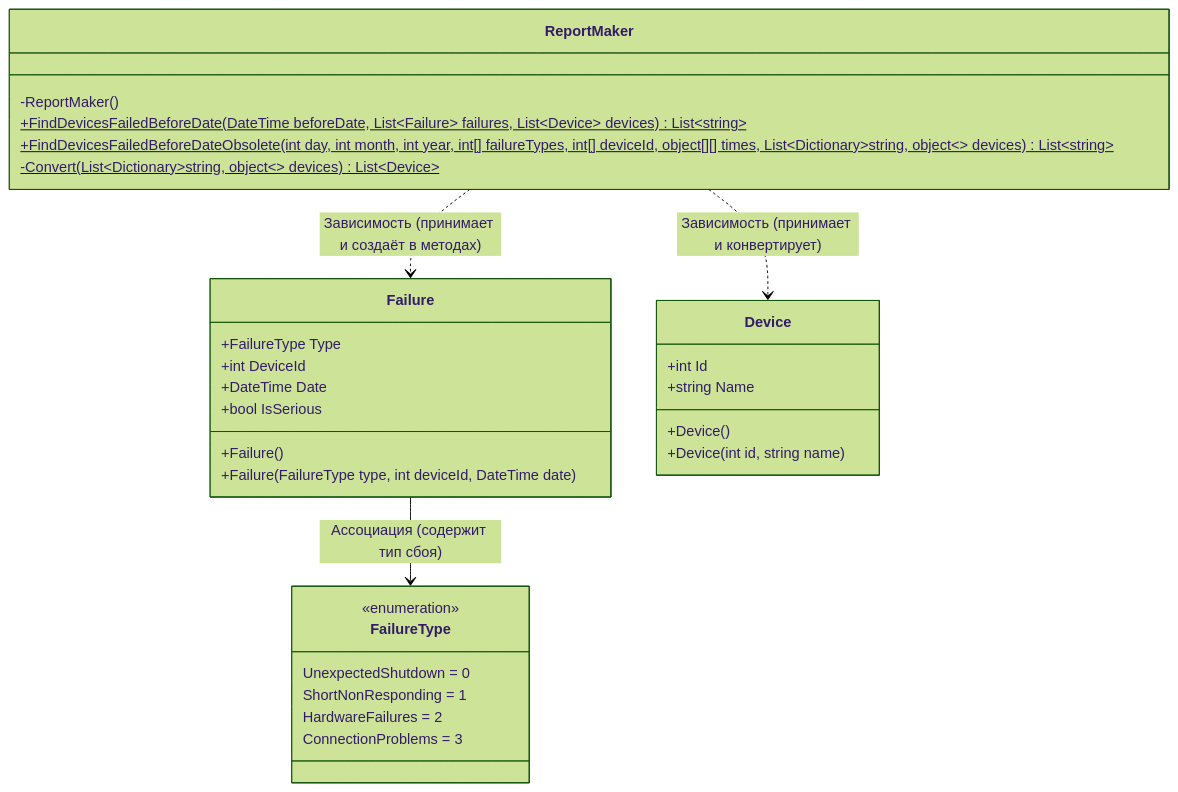
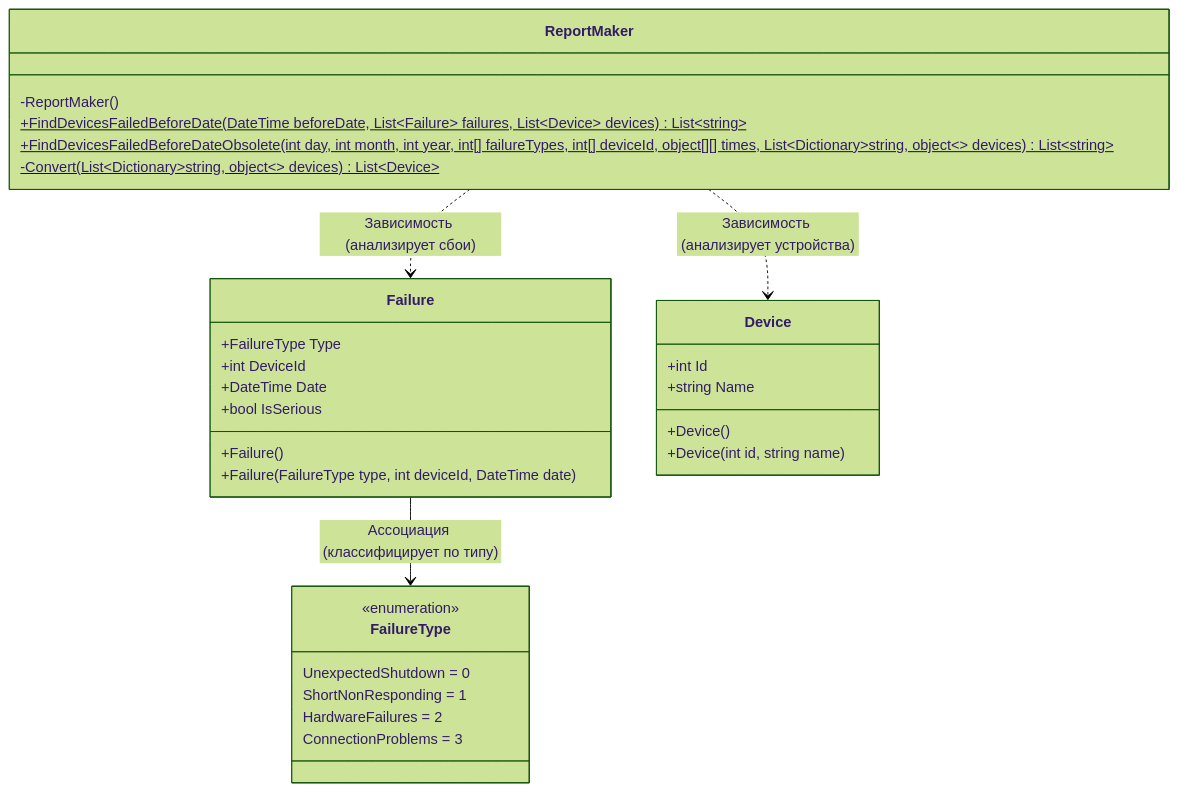
The diagram in sboi.md (BulatovIlya/practica), drawn with Mermaid (forest theme) before and after one commit.

````diff
--- a/sboi.md
+++ b/sboi.md
@@ -12,37 +12,37 @@
 ```mermaid
 classDiagram
     class FailureType {
         <<enumeration>>
         UnexpectedShutdown = 0
         ShortNonResponding = 1
         HardwareFailures = 2
         ConnectionProblems = 3
     }
 
     class Failure {
         +FailureType Type
         +int DeviceId
         +DateTime Date
         +bool IsSerious
         +Failure()
         +Failure(FailureType type, int deviceId, DateTime date)
     }
 
     class Device {
         +int Id
         +string Name
         +Device()
         +Device(int id, string name)
     }
 
     class ReportMaker {
         -ReportMaker()
         +FindDevicesFailedBeforeDate(DateTime beforeDate, List~Failure~ failures, List~Device~ devices) List~string~$
         +FindDevicesFailedBeforeDateObsolete(int day, int month, int year, int[] failureTypes, int[] deviceId, object[][] times, List~Dictionary~string, object~~ devices) List~string~$
         -Convert(List~Dictionary~string, object~~ devices) List~Device~$
     }
 
-    Failure --> FailureType : Ассоциация (содержит тип сбоя)
-    ReportMaker ..> Failure : Зависимость (принимает и создаёт в методах)
-    ReportMaker ..> Device : Зависимость (принимает и конвертирует)
+    Failure --> FailureType : Ассоциация (классифицирует по типу)
+    ReportMaker ..> Failure : Зависимость (анализирует сбои)
+    ReportMaker ..> Device : Зависимость (анализирует устройства)
 ```
````
